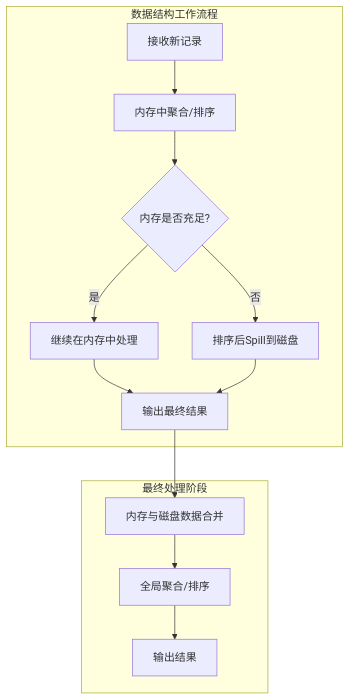
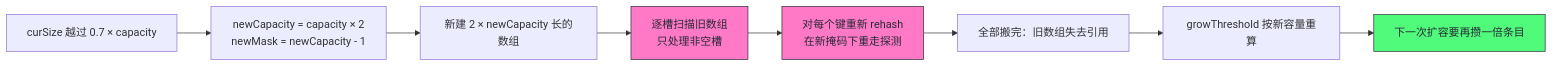
Before and after one commit to hpliStartAgain/my-brain: the third of 6 diagrams in content/大数据/Spark/读书笔记-spark内核/05_Shuffle核心机制/6. Spark_Shuffle聚合与排序结构.md, drawn with Mermaid. The commit also changed other lines of this file and 259 other files, not shown here.

````diff
--- a/content/大数据/Spark/读书笔记-spark内核/05_Shuffle核心机制/6. Spark_Shuffle聚合与排序结构.md
+++ b/content/大数据/Spark/读书笔记-spark内核/05_Shuffle核心机制/6. Spark_Shuffle聚合与排序结构.md
@@ -22,17 +272,16 @@
 ```mermaid
-flowchart TD
-    subgraph "数据结构工作流程"
-        A["接收新记录"] --> B["内存中聚合/排序"]
-        B --> C{"内存是否充足?"}
-        C -->|"是"| D["继续在内存中处理"]
-        C -->|"否"| E["排序后Spill到磁盘"]
-        D --> F["输出最终结果"]
-        E --> F
-    end
-    
-    subgraph "最终处理阶段"
-        F --> G["内存与磁盘数据合并"]
-        G --> H["全局聚合/排序"]
-        H --> I["输出结果"]
-    end
+%%{init: {'theme': 'dracula'}}%%
+flowchart LR
+    A["curSize 越过 0.7 × capacity"] --> B["newCapacity = capacity × 2<br/>newMask = newCapacity - 1"]
+    B --> C["新建 2 × newCapacity 长的数组"]
+    C --> D["逐槽扫描旧数组<br/>只处理非空槽"]
+    D --> E["对每个键重新 rehash<br/>在新掩码下重走探测"]
+    E --> F["全部搬完：旧数组失去引用"]
+    F --> G["growThreshold 按新容量重算"]
+    G --> H["下一次扩容要再攒一倍条目"]
+    classDef cost fill:#ff79c6,stroke:#282a36,color:#282a36
+    classDef done fill:#50fa7b,stroke:#282a36,color:#282a36
+    class E cost
+    class D cost
+    class H done
 ```
````
